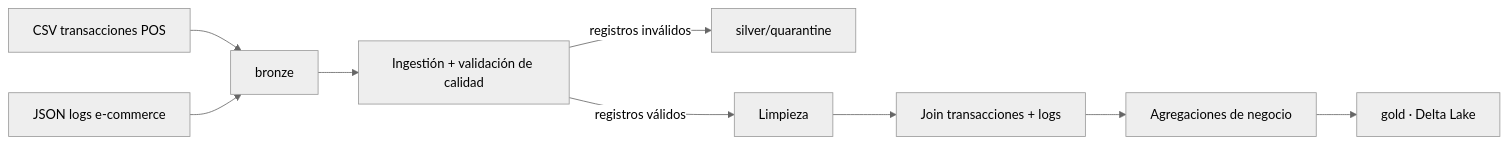
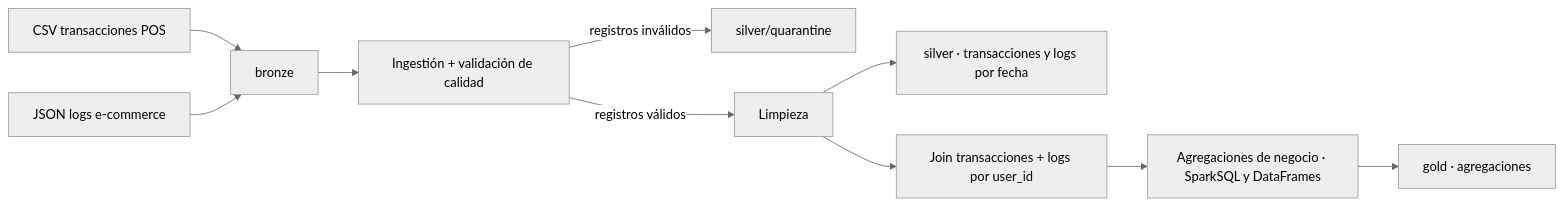
One commit to rosariolodi/BIG-DATA changed the diagram in README.md. Above: the diagram before and after it, drawn with Mermaid (neutral theme). The commit also changed other lines of this file, not shown here.

````diff
--- a/README.md
+++ b/README.md
@@ -18,11 +18,12 @@
 ```mermaid
 flowchart LR
     A[CSV transacciones POS] --> B[bronze]
     C[JSON logs e-commerce] --> B
     B --> D[Ingestión + validación de calidad]
     D -->|registros inválidos| Q[silver/quarantine]
     D -->|registros válidos| E[Limpieza]
-    E --> F[Join transacciones + logs]
-    F --> G[Agregaciones de negocio]
-    G --> H[gold · Delta Lake]
+    E --> S[silver · transacciones y logs por fecha]
+    E --> F[Join transacciones + logs por user_id]
+    F --> G[Agregaciones de negocio · SparkSQL y DataFrames]
+    G --> H[gold · agregaciones]
 ```
````
